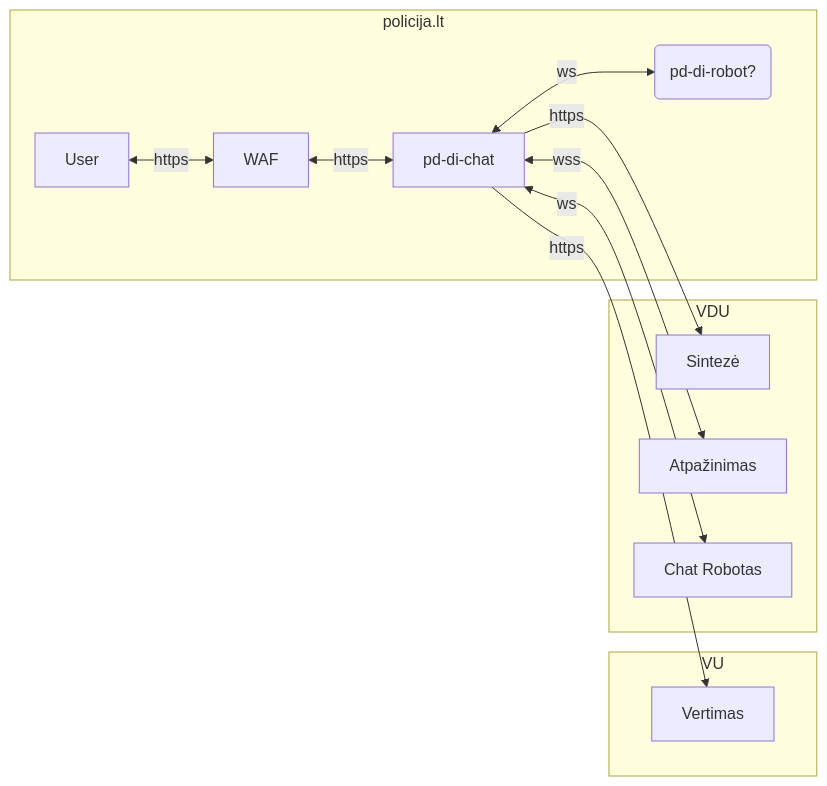
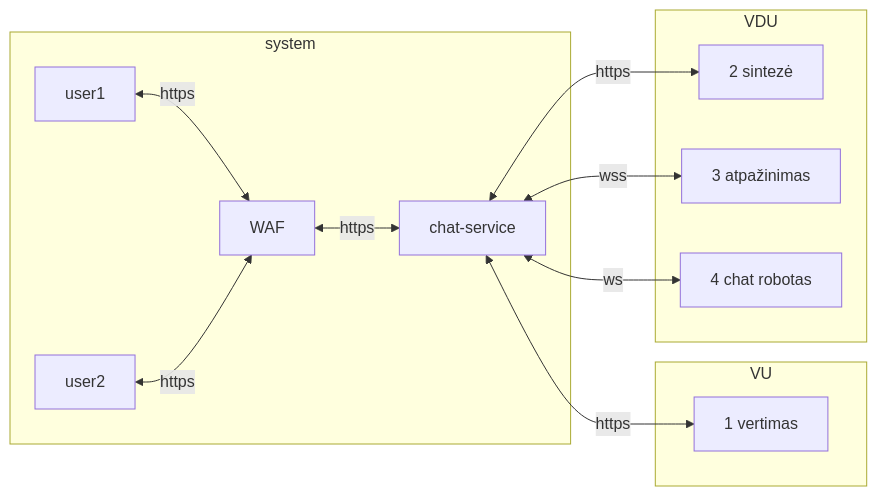
The diagram in docs/deploy.md (airenas/chat-demo-service), drawn with Mermaid before and after one commit. The commit also changed 6 other files, not shown here.

````diff
--- a/docs/deploy.md
+++ b/docs/deploy.md
@@ -3,24 +3,24 @@
 ```mermaid
 graph LR
-    subgraph policija.lt
-        user[User]
+    subgraph system
+        user1[user1]
+        user2[user2]
         waf[WAF]
-        demo[pd-di-chat]
-        dipolis_next(pd-di-robot?)
+        demo[chat-service]
     end
     subgraph VU[VU]
-        tran[Vertimas]
+        tran[1 vertimas]
     end
     subgraph VDU[VDU]
-        tts[Sintezė]
-        asr[Atpažinimas]
-        dipolis[Chat Robotas]
+        tts[2 sintezė]
+        asr[3 atpažinimas]
+        robo[4 chat robotas]
     end
-    user <--> |https| waf
+    user1 <--> |https| waf
+    user2 <--> |https| waf
     waf <--> |https| demo
-    demo --> |https| tts
-    demo --> |https| tran
+    demo <--> |https| tran
+    demo <--> |https| tts
     demo <--> |wss| asr
-    demo <--> |ws| dipolis
-    demo <--> |ws| dipolis_next
+    demo <--> |ws| robo
 ```    
````
